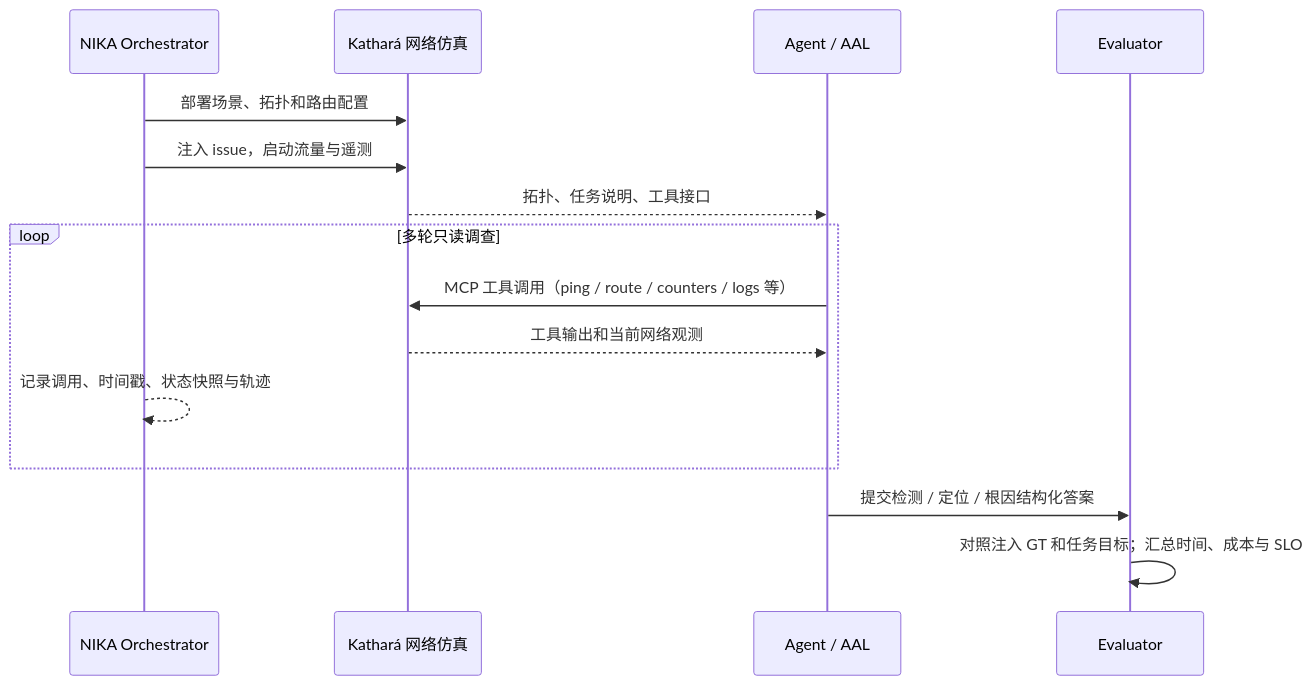
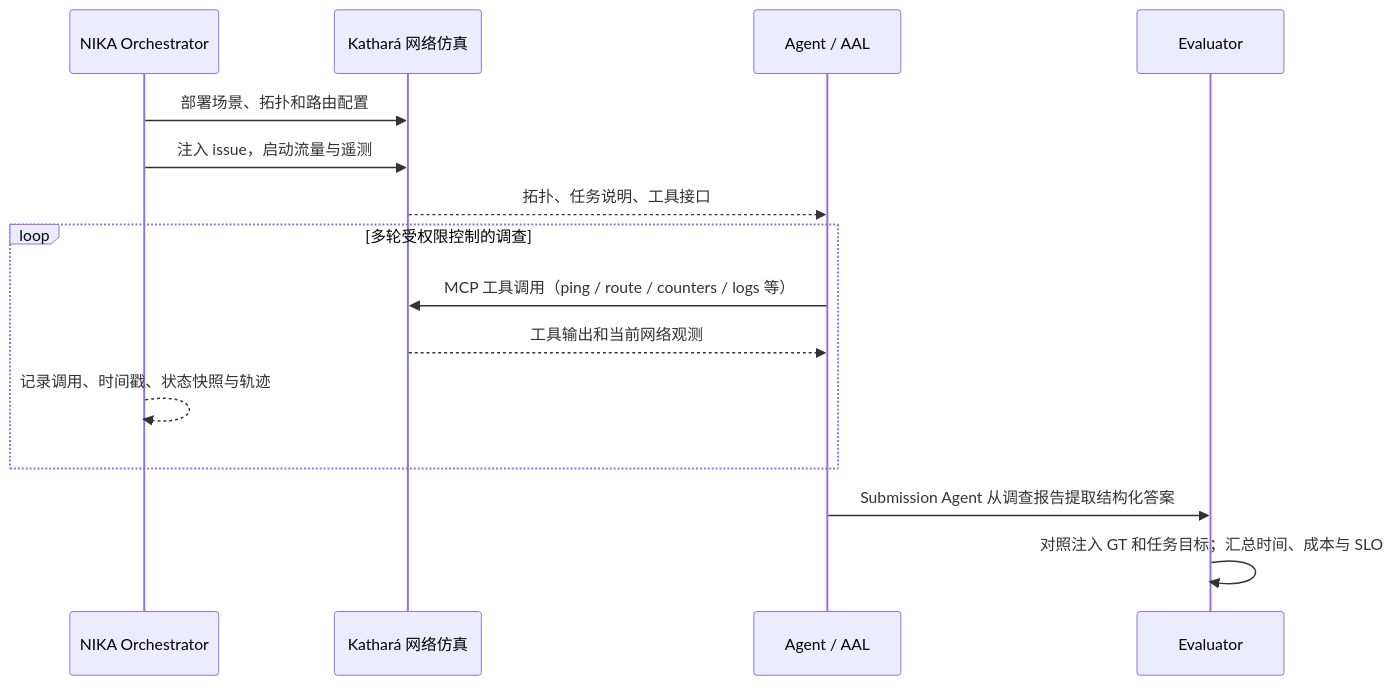
The diagram in papers/benchmark/nika/notes.md (RyanQT7/agent-knowledge), drawn with Mermaid before and after one commit. The commit also changed other lines of this file and 20 other files, not shown here.

````diff
--- a/papers/benchmark/nika/notes.md
+++ b/papers/benchmark/nika/notes.md
@@ -22,17 +22,17 @@
 ```mermaid
 sequenceDiagram
   participant O as NIKA Orchestrator
   participant E as Kathará 网络仿真
   participant A as Agent / AAL
   participant V as Evaluator
   O->>E: 部署场景、拓扑和路由配置
   O->>E: 注入 issue，启动流量与遥测
   E-->>A: 拓扑、任务说明、工具接口
-  loop 多轮只读调查
+  loop 多轮受权限控制的调查
     A->>E: MCP 工具调用（ping / route / counters / logs 等）
     E-->>A: 工具输出和当前网络观测
     O-->>O: 记录调用、时间戳、状态快照与轨迹
   end
-  A->>V: 提交检测 / 定位 / 根因结构化答案
+  A->>V: Submission Agent 从调查报告提取结构化答案
   V->>V: 对照注入 GT 和任务目标；汇总时间、成本与 SLO
 ```
````
